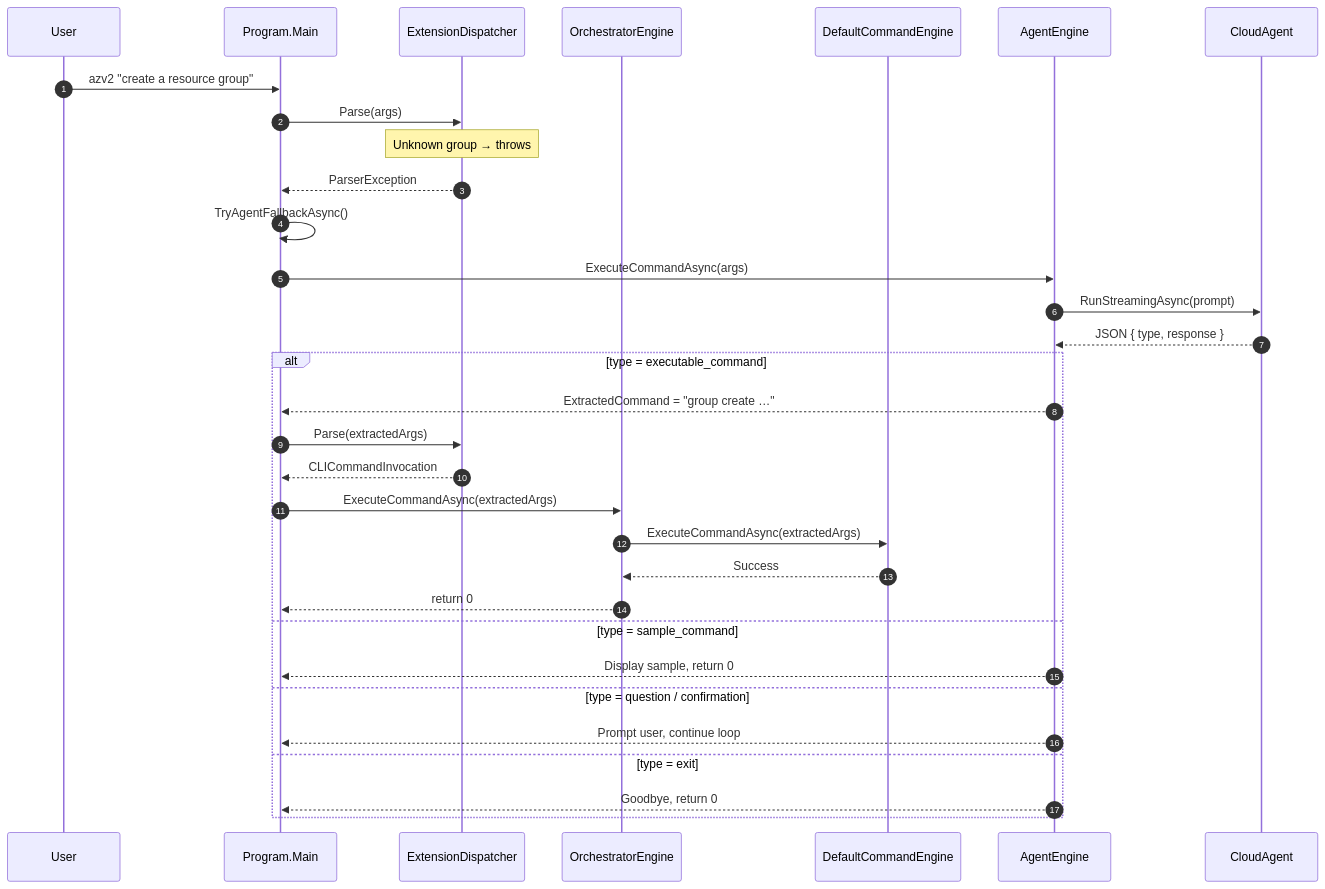
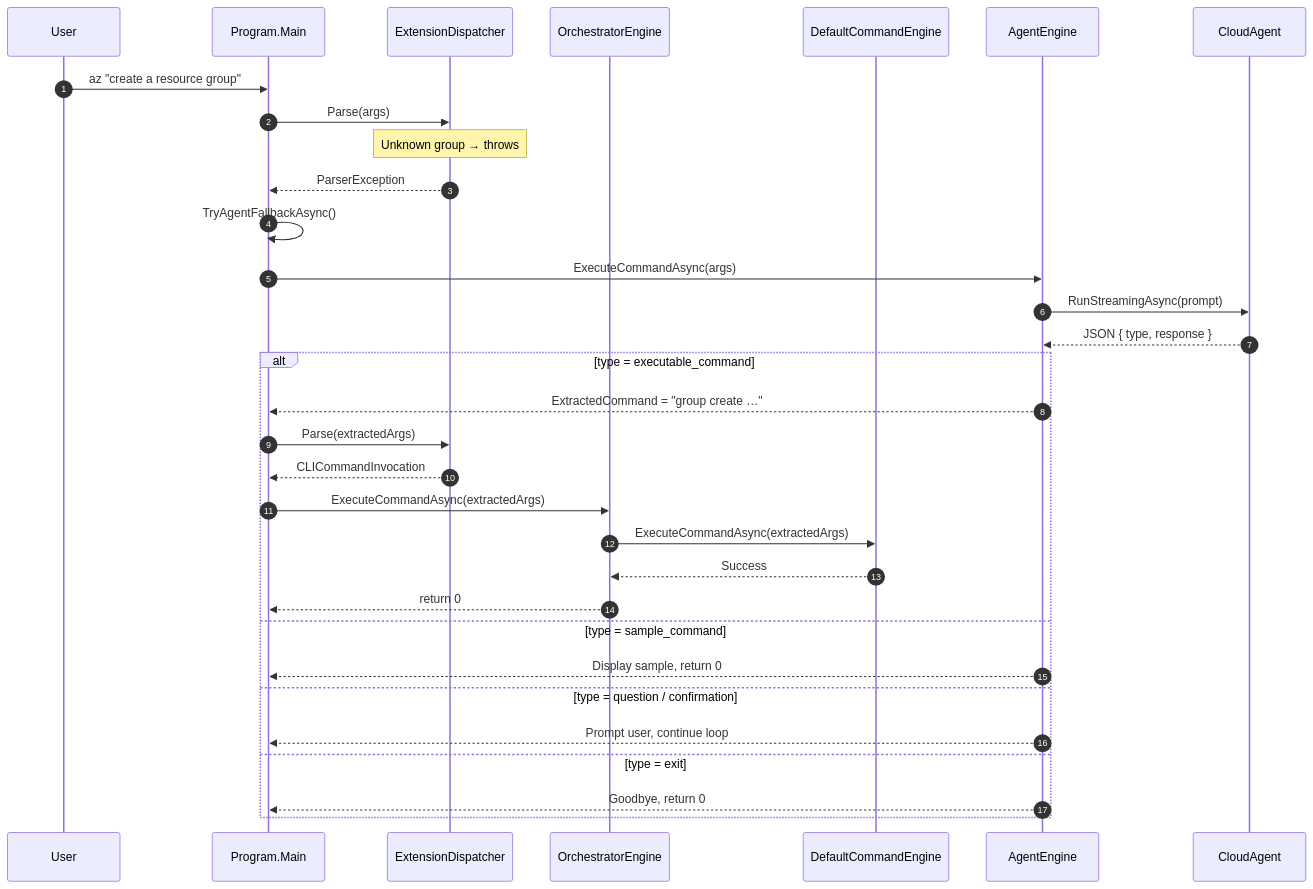
One commit to Azure/azclips changed the first of 2 diagrams in wiki/01-getting-started/cli-usage.md. Above: the diagram before and after it, drawn with Mermaid. The commit also changed other lines of this file and 136 other files, not shown here.

````diff
--- a/wiki/01-getting-started/cli-usage.md
+++ b/wiki/01-getting-started/cli-usage.md
@@ -72,36 +72,36 @@
 ```mermaid
 sequenceDiagram
     autonumber
     participant User
     participant Main as Program.Main
     participant Disp as ExtensionDispatcher
     participant Orch as OrchestratorEngine
     participant Def as DefaultCommandEngine
     participant AI as AgentEngine
     participant Cloud as CloudAgent
 
-    User->>Main: azv2 "create a resource group"
+    User->>Main: az "create a resource group"
     Main->>Disp: Parse(args)
     Note over Disp: Unknown group → throws
     Disp-->>Main: ParserException
     Main->>Main: TryAgentFallbackAsync()
     Main->>AI: ExecuteCommandAsync(args)
     AI->>Cloud: RunStreamingAsync(prompt)
     Cloud-->>AI: JSON { type, response }
 
     alt type = executable_command
         AI-->>Main: ExtractedCommand = "group create …"
         Main->>Disp: Parse(extractedArgs)
         Disp-->>Main: CLICommandInvocation
         Main->>Orch: ExecuteCommandAsync(extractedArgs)
         Orch->>Def: ExecuteCommandAsync(extractedArgs)
         Def-->>Orch: Success
         Orch-->>Main: return 0
     else type = sample_command
         AI-->>Main: Display sample, return 0
     else type = question / confirmation
         AI-->>Main: Prompt user, continue loop
     else type = exit
         AI-->>Main: Goodbye, return 0
     end
 ```
````
